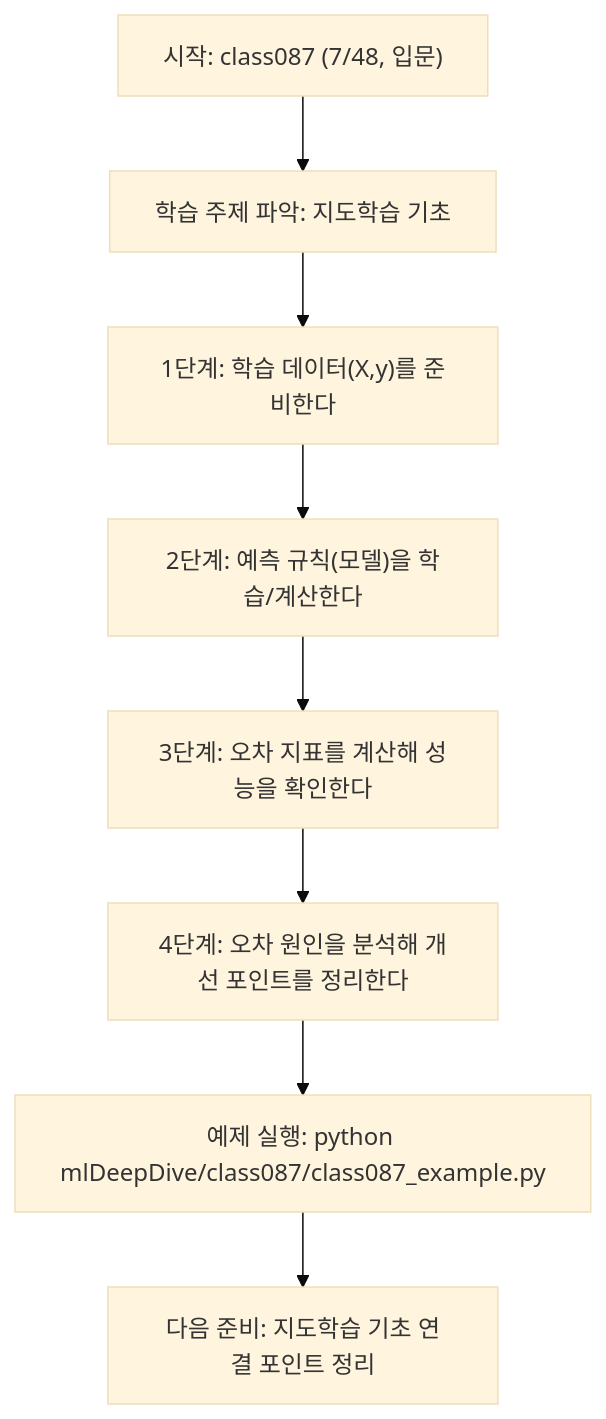
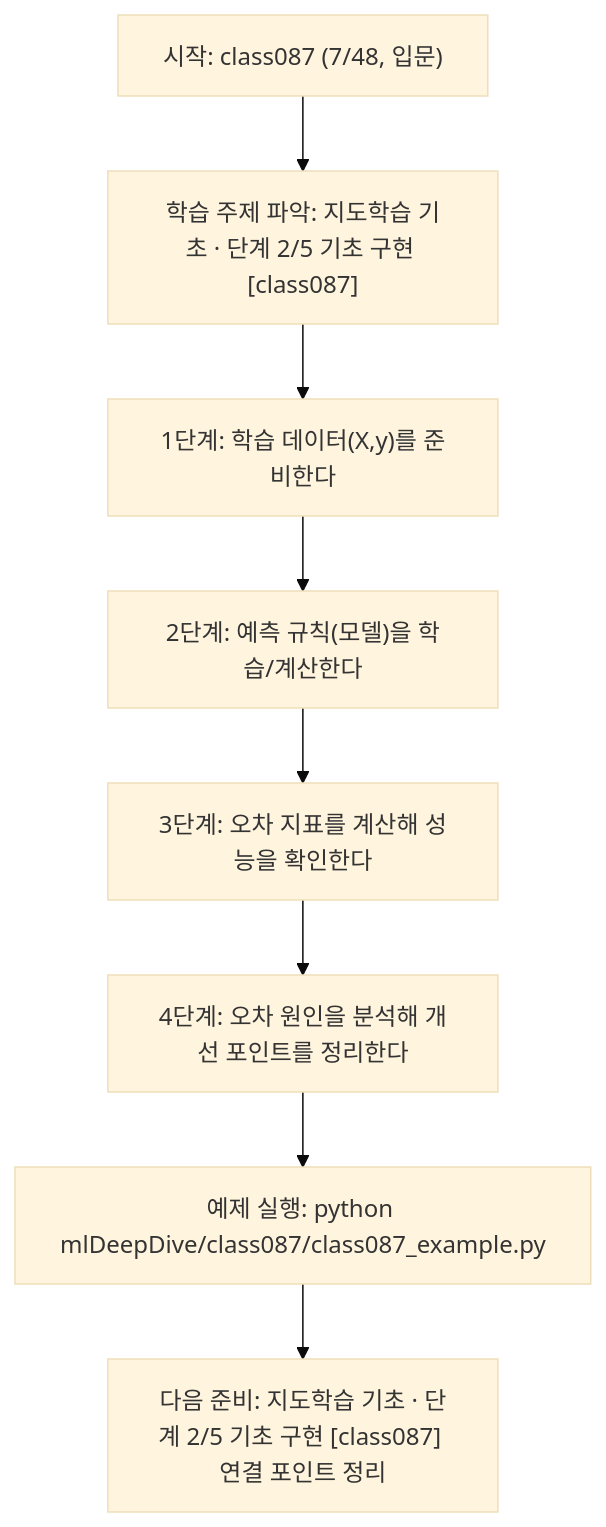
One commit to edumgt/Python-AI_Agent-Class changed the diagram in mlDeepDive/class087/class087.md. Above: the diagram before and after it, drawn with Mermaid (base theme). The commit also changed other lines of this file and 522 other files, not shown here.

````diff
--- a/mlDeepDive/class087/class087.md
+++ b/mlDeepDive/class087/class087.md
@@ -108,18 +109,18 @@
 ```mermaid
 flowchart TD
 N1["시작: class087 (7/48, 입문)"]
-N2["학습 주제 파악: 지도학습 기초"]
+N2["학습 주제 파악: 지도학습 기초 · 단계 2/5 기초 구현 [class087]"]
 N3["1단계: 학습 데이터(X,y)를 준비한다"]
 N4["2단계: 예측 규칙(모델)을 학습/계산한다"]
 N5["3단계: 오차 지표를 계산해 성능을 확인한다"]
 N6["4단계: 오차 원인을 분석해 개선 포인트를 정리한다"]
 N7["예제 실행: python mlDeepDive/class087/class087_example.py"]
-N8["다음 준비: 지도학습 기초 연결 포인트 정리"]
+N8["다음 준비: 지도학습 기초 · 단계 2/5 기초 구현 [class087] 연결 포인트 정리"]
 N1 --> N2
 N2 --> N3
 N3 --> N4
 N4 --> N5
 N5 --> N6
 N6 --> N7
 N7 --> N8
 ```
````
